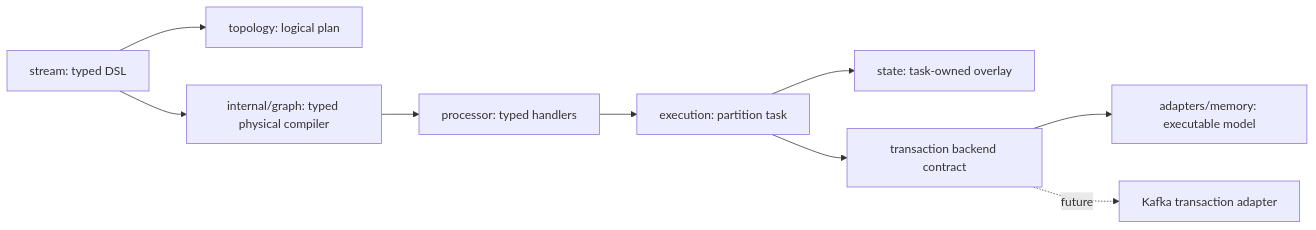
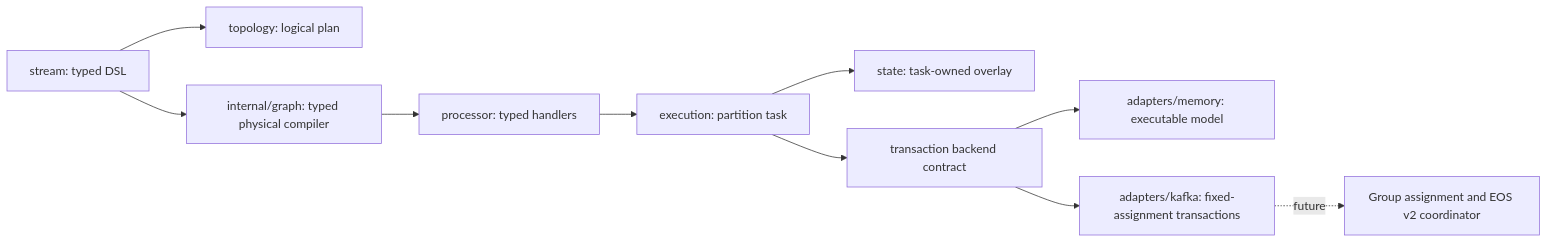
The diagram in docs/architecture.md (SoraDaibu/kstream-go), drawn with Mermaid before and after one commit. The commit also changed 12 other files, not shown here.

Commit message:
test: lock verified Kafka dependencies and add explicit-assignment example

````diff
--- a/docs/architecture.md
+++ b/docs/architecture.md
@@ -6,11 +6,12 @@
 ```mermaid
 flowchart LR
   DSL[stream: typed DSL] --> Logical[topology: logical plan]
   DSL --> Graph[internal/graph: typed physical compiler]
   Graph --> Processor[processor: typed handlers]
   Processor --> Task[execution: partition task]
   Task --> Store[state: task-owned overlay]
   Task --> Backend[transaction backend contract]
   Backend --> Memory[adapters/memory: executable model]
-  Backend -. future .-> Kafka[Kafka transaction adapter]
+  Backend --> Kafka[adapters/kafka: fixed-assignment transactions]
+  Kafka -. future .-> Groups[Group assignment and EOS v2 coordinator]
 ```
````
